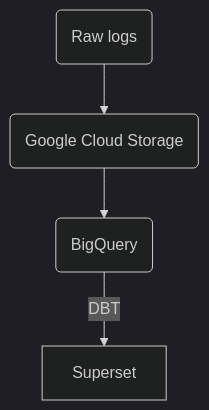
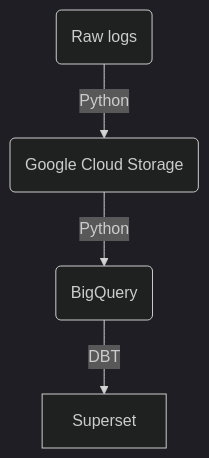
One commit to ktncktnc/Data_Engineer_Zoomcamp_Final_Project changed the diagram in readme.md. Above: the diagram before and after it, drawn with Mermaid (dark theme). The commit also changed other lines of this file, not shown here.

````diff
--- a/readme.md
+++ b/readme.md
@@ -11,6 +11,6 @@
 ```mermaid
 flowchart TD
-    A(Raw logs) -->B(Google Cloud Storage)
-    B --> C(BigQuery)
+    A(Raw logs) -->|Python| B(Google Cloud Storage)
+    B --> |Python| C(BigQuery)
     C --> |DBT| Superset
 ```
````
